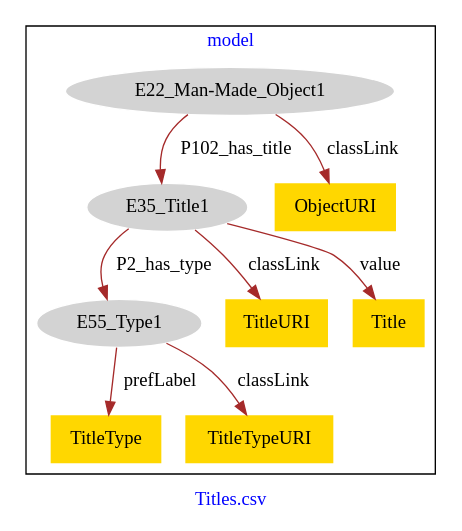
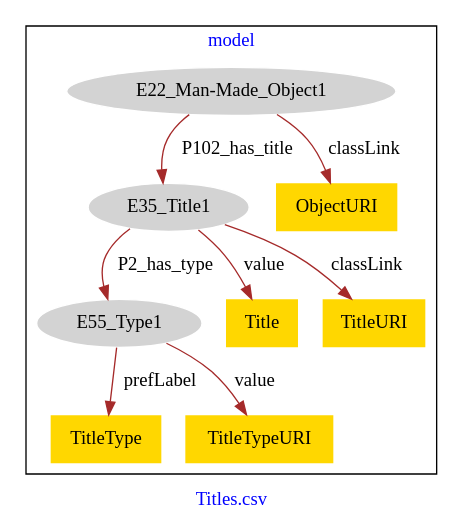
One commit to american-art/GM changed the diagram in Other_titles/Other_titles-model.dot. Above: the diagram before and after it, drawn with Graphviz.

Commit message:
Update file Other_titles-model.dot

```diff
--- a/Other_titles/Other_titles-model.dot
+++ b/Other_titles/Other_titles-model.dot
@@ -1,23 +1,23 @@
 digraph n0 {
 fontcolor="blue"
 remincross="true"
 label="Titles.csv"
 subgraph cluster {
 label="model"
 n2[style="filled",color="white",fillcolor="lightgray",label="E22_Man-Made_Object1"];
 n3[style="filled",color="white",fillcolor="lightgray",label="E35_Title1"];
 n4[style="filled",color="white",fillcolor="lightgray",label="E55_Type1"];
 n5[shape="plaintext",style="filled",fillcolor="gold",label="TitleType"];
-n6[shape="plaintext",style="filled",fillcolor="gold",label="TitleURI"];
+n6[shape="plaintext",style="filled",fillcolor="gold",label="TitleTypeURI"];
 n7[shape="plaintext",style="filled",fillcolor="gold",label="ObjectURI"];
 n8[shape="plaintext",style="filled",fillcolor="gold",label="Title"];
-n9[shape="plaintext",style="filled",fillcolor="gold",label="TitleTypeURI"];
+n9[shape="plaintext",style="filled",fillcolor="gold",label="TitleURI"];
 }
 n2 -> n3[color="brown",fontcolor="black",label="P102_has_title"]
 n3 -> n4[color="brown",fontcolor="black",label="P2_has_type"]
 n4 -> n5[color="brown",fontcolor="black",label="prefLabel"]
-n3 -> n6[color="brown",fontcolor="black",label="classLink"]
+n4 -> n6[color="brown",fontcolor="black",label="value"]
 n2 -> n7[color="brown",fontcolor="black",label="classLink"]
 n3 -> n8[color="brown",fontcolor="black",label="value"]
-n4 -> n9[color="brown",fontcolor="black",label="classLink"]
+n3 -> n9[color="brown",fontcolor="black",label="classLink"]
 }
```
